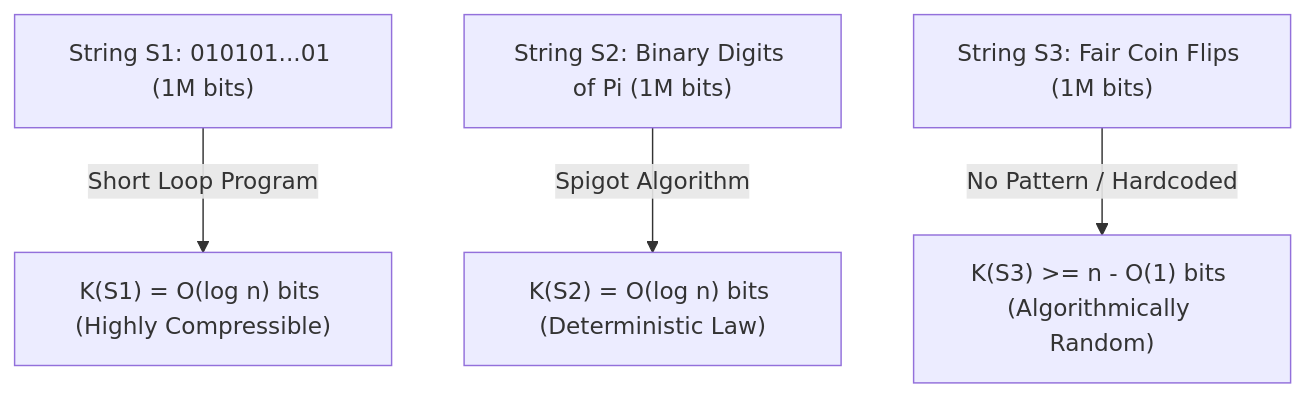
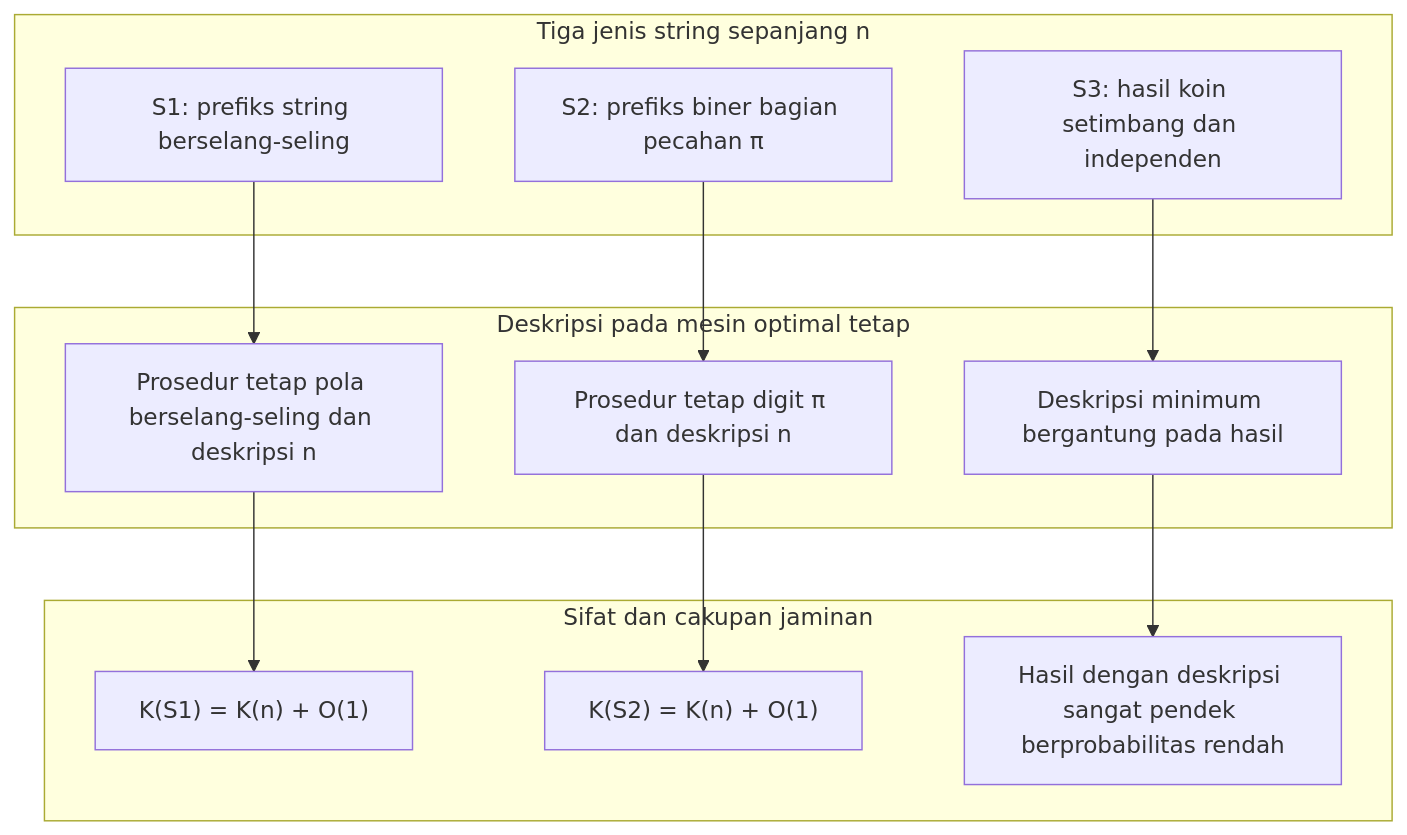
One commit to kenjinote/blog changed the first of 2 diagrams in content/post/kolmogorov-complexity-algorithmic-information-theory-incompressibility-randomness/index.id.md. Above: the diagram before and after it, drawn with Mermaid. The commit also changed other lines of this file and 14 other files, not shown here.

````diff
--- a/content/post/kolmogorov-complexity-algorithmic-information-theory-incompressibility-randomness/index.id.md
+++ b/content/post/kolmogorov-complexity-algorithmic-information-theory-incompressibility-randomness/index.id.md
@@ -30,6 +188,21 @@
 ```mermaid
 flowchart TD
-    S1["String S1: 010101...01 (1M bits)"] -->|"Short Loop Program"| K1["K(S1) = O(log n) bits (Highly Compressible)"]
-    S2["String S2: Binary Digits of Pi (1M bits)"] -->|"Spigot Algorithm"| K2["K(S2) = O(log n) bits (Deterministic Law)"]
-    S3["String S3: Fair Coin Flips (1M bits)"] -->|"No Pattern / Hardcoded"| K3["K(S3) >= n - O(1) bits (Algorithmically Random)"]
+    subgraph InputStrings["Tiga jenis string sepanjang n"]
+        S1["S1: prefiks string berselang-seling"]
+        S2["S2: prefiks biner bagian pecahan π"]
+        S3["S3: hasil koin setimbang dan independen"]
+    end
+    subgraph Descriptions["Deskripsi pada mesin optimal tetap"]
+        P1["Prosedur tetap pola berselang-seling dan deskripsi n"]
+        P2["Prosedur tetap digit π dan deskripsi n"]
+        P3["Deskripsi minimum bergantung pada hasil"]
+    end
+    subgraph Results["Sifat dan cakupan jaminan"]
+        K1["K(S1) = K(n) + O(1)"]
+        K2["K(S2) = K(n) + O(1)"]
+        K3["Hasil dengan deskripsi sangat pendek berprobabilitas rendah"]
+    end
+    S1 --> P1 --> K1
+    S2 --> P2 --> K2
+    S3 --> P3 --> K3
 ```
````
